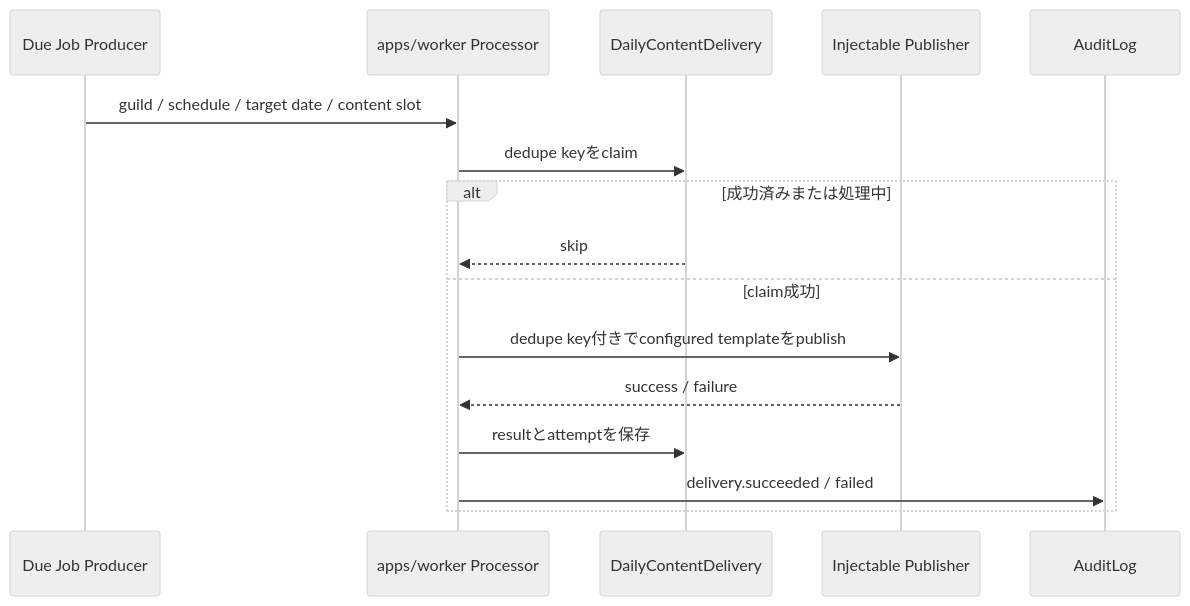
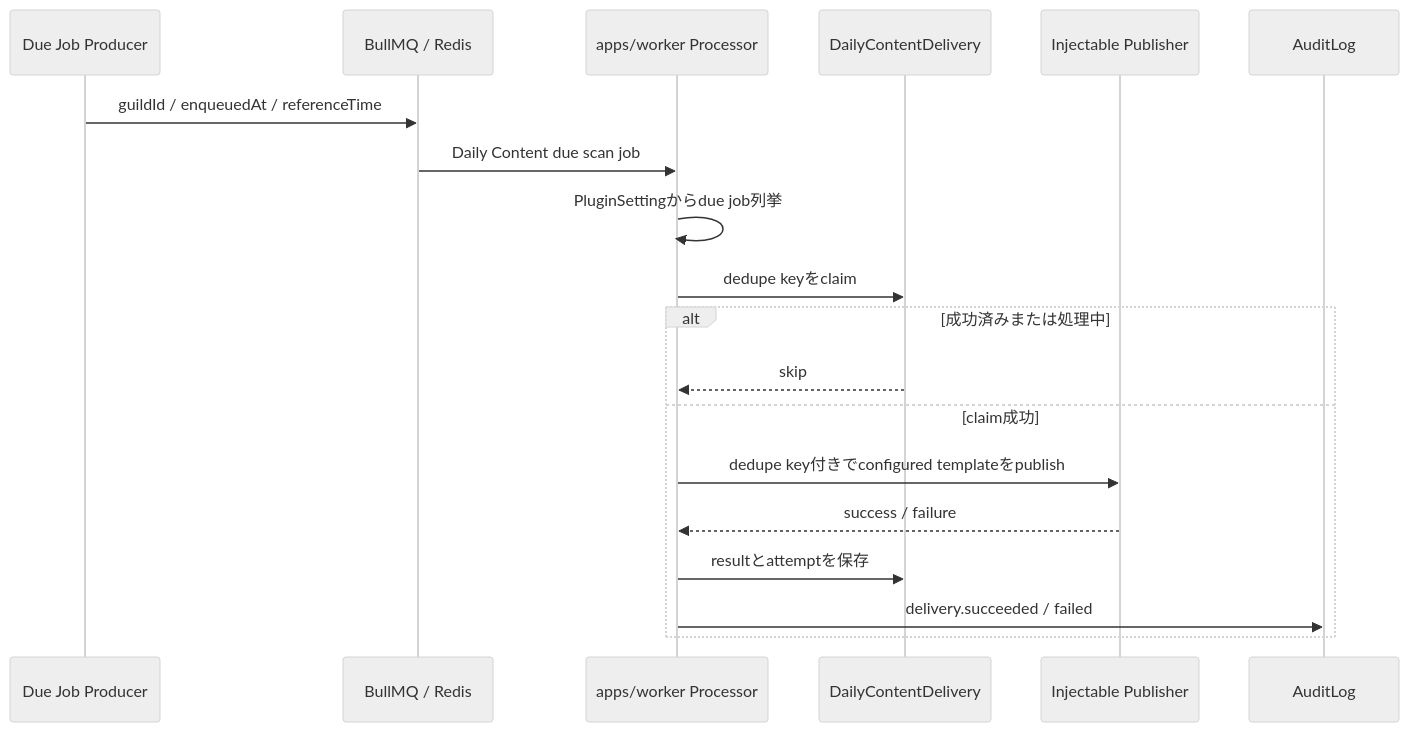
Diagram 13 of 15 in docs/architecture/process-flows.md (mizzz-dev/Lunaria), drawn with Mermaid (neutral theme) before and after one commit. The commit also changed other lines of this file and 15 other files, not shown here.

Commit message:
IVR-56 Daily Content worker queue runnerを実装

````diff
--- a/docs/architecture/process-flows.md
+++ b/docs/architecture/process-flows.md
@@ -361,19 +361,22 @@
 ```mermaid
 sequenceDiagram
   participant Scheduler as Due Job Producer
+  participant Queue as BullMQ / Redis
   participant Worker as apps/worker Processor
   participant Delivery as DailyContentDelivery
   participant Publisher as Injectable Publisher
   participant Audit as AuditLog
 
-  Scheduler->>Worker: guild / schedule / target date / content slot
+  Scheduler->>Queue: guildId / enqueuedAt / referenceTime
+  Queue->>Worker: Daily Content due scan job
+  Worker->>Worker: PluginSettingからdue job列挙
   Worker->>Delivery: dedupe keyをclaim
   alt 成功済みまたは処理中
     Delivery-->>Worker: skip
   else claim成功
     Worker->>Publisher: dedupe key付きでconfigured templateをpublish
     Publisher-->>Worker: success / failure
     Worker->>Delivery: resultとattemptを保存
     Worker->>Audit: delivery.succeeded / failed
   end
 ```
````
